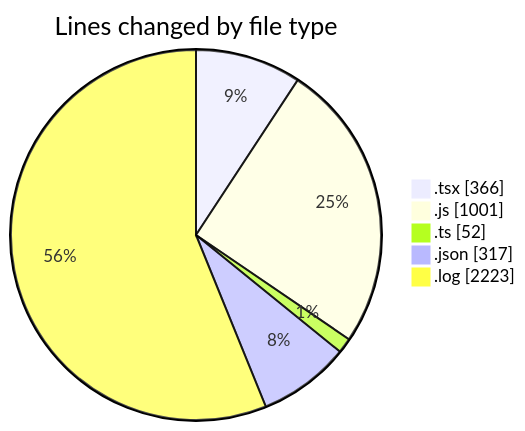
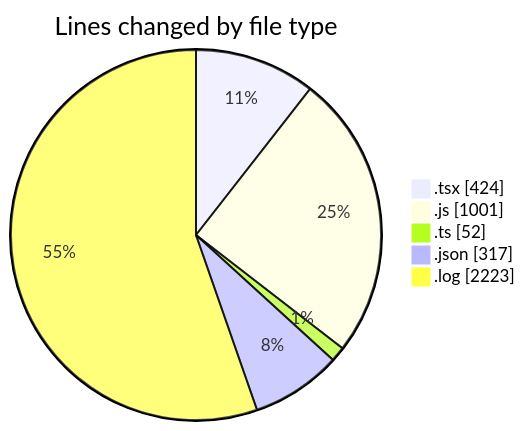
One commit to momahboobian/code-tracking changed the first of 2 diagrams in 2026-04-17/cda/README.md. Above: the diagram before and after it, drawn with Mermaid. The commit also changed other lines of this file and 1 other file, not shown here.

````diff
--- a/2026-04-17/cda/README.md
+++ b/2026-04-17/cda/README.md
@@ -33,9 +34,9 @@
 ```mermaid
 pie showData
 title Lines changed by file type
-".tsx" : 366
+".tsx" : 424
 ".js" : 1001
 ".ts" : 52
 ".json" : 317
 ".log" : 2223
 ```
````
